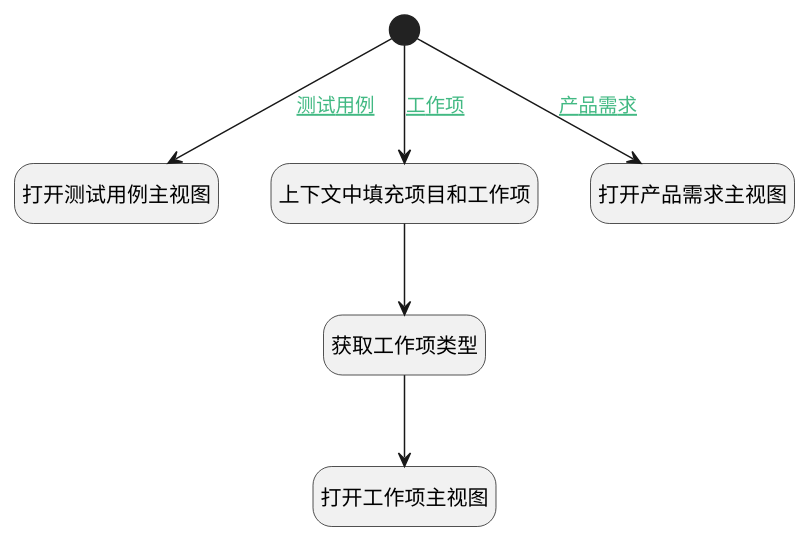
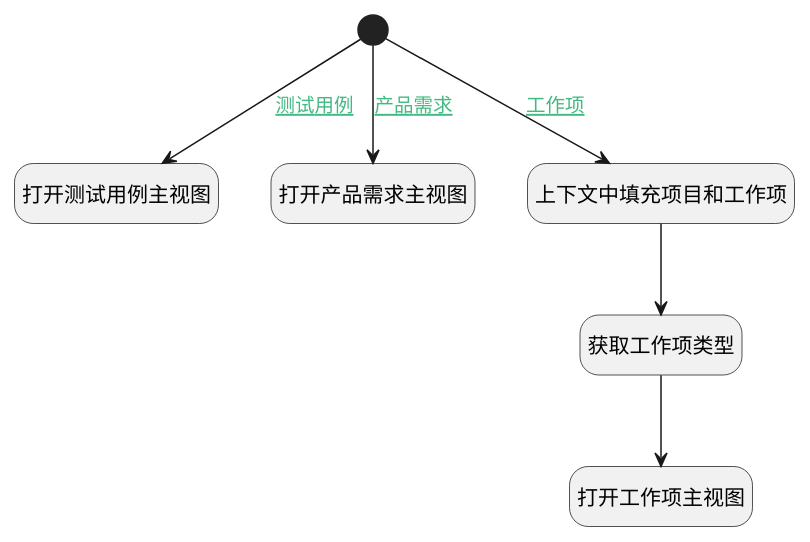
The diagram in doc/docsify/module/Base/workload/uilogic/open_main_view.md (iBizLab/plm), drawn with PlantUML before and after one commit. The commit also changed other lines of this file and 1473 other files, not shown here.

````diff
--- a/doc/docsify/module/Base/workload/uilogic/open_main_view.md
+++ b/doc/docsify/module/Base/workload/uilogic/open_main_view.md
@@ -7,27 +7,27 @@
 ```plantuml
 @startuml
 hide footbox
 <style>
 root {
   HyperlinkColor #42b983
 }
 </style>
 
 hide empty description
 state "开始" as Begin <<start>> [[$./open_main_view#begin {开始}]]
 state "获取工作项类型" as DEACTION1  [[$./open_main_view#deaction1 {获取工作项类型}]]
 state "打开测试用例主视图" as DEUIACTION2  [[$./open_main_view#deuiaction2 {打开测试用例主视图}]]
+state "打开产品需求主视图" as DEUIACTION3  [[$./open_main_view#deuiaction3 {打开产品需求主视图}]]
 state "打开工作项主视图" as DEUIACTION1  [[$./open_main_view#deuiaction1 {打开工作项主视图}]]
 state "上下文中填充项目和工作项" as PREPAREJSPARAM1  [[$./open_main_view#preparejsparam1 {上下文中填充项目和工作项}]]
-state "打开产品需求主视图" as DEUIACTION3  [[$./open_main_view#deuiaction3 {打开产品需求主视图}]]
 
 
 Begin --> PREPAREJSPARAM1 : [[$./open_main_view#begin-preparejsparam1{工作项} 工作项]]
 PREPAREJSPARAM1 --> DEACTION1
 DEACTION1 --> DEUIACTION1
 Begin --> DEUIACTION2 : [[$./open_main_view#begin-deuiaction2{测试用例} 测试用例]]
 Begin --> DEUIACTION3 : [[$./open_main_view#begin-deuiaction3{产品需求} 产品需求]]
 
 
 @enduml
 ```
````
